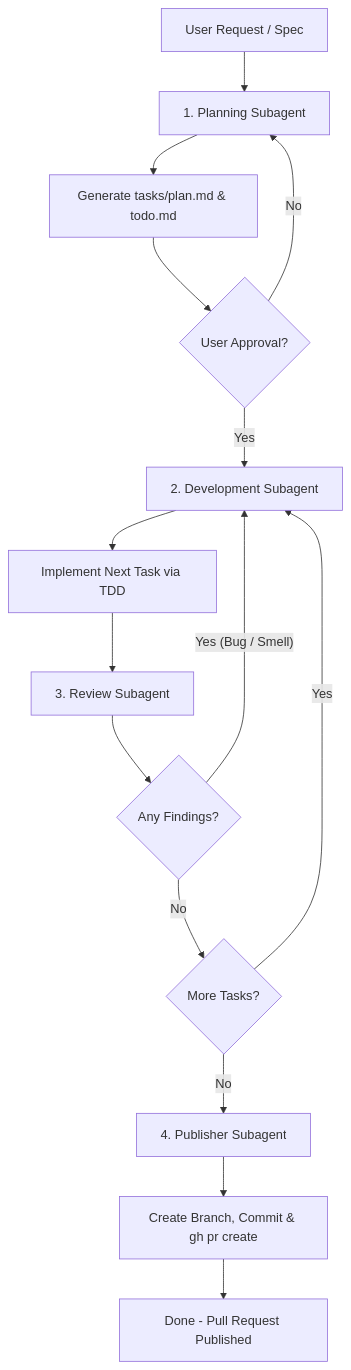
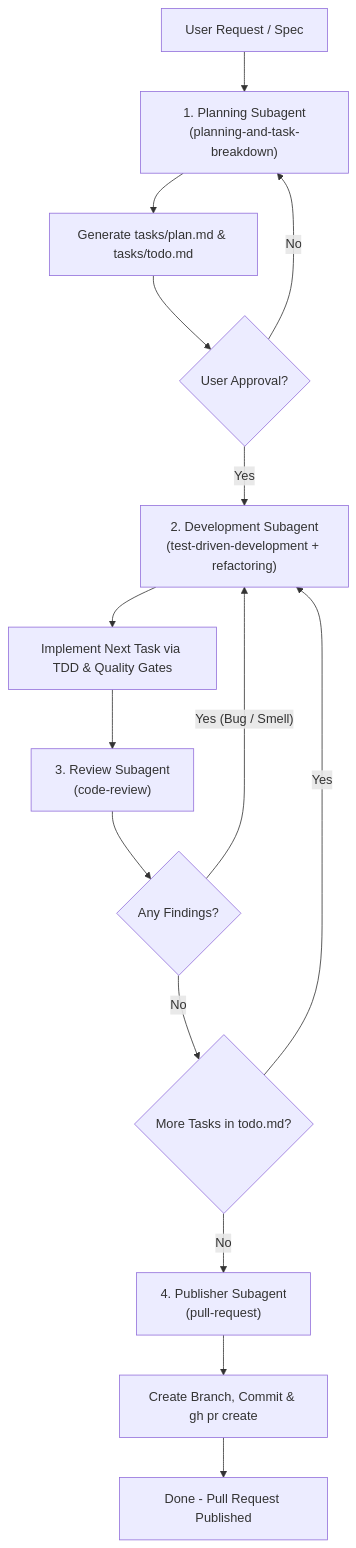
The diagram in agent-loop/SKILL.md (larchanka/skills), drawn with Mermaid before and after one commit. The commit also changed other lines of this file and 2 other files, not shown here.

First line of the commit message:
feat(agent-loop): Enforce pure orchestration and explicit subagent skill delegation

````diff
--- a/agent-loop/SKILL.md
+++ b/agent-loop/SKILL.md
@@ -18,17 +12,17 @@
 ```mermaid
 graph TD
-    Start["User Request / Spec"] --> Plan["1. Planning Subagent"]
-    Plan --> SavePlan["Generate tasks/plan.md & todo.md"]
+    Start["User Request / Spec"] --> Plan["1. Planning Subagent<br/>(planning-and-task-breakdown)"]
+    Plan --> SavePlan["Generate tasks/plan.md & tasks/todo.md"]
     SavePlan --> ApprPlan{"User Approval?"}
     ApprPlan -- No --> Plan
-    ApprPlan -- Yes --> Dev["2. Development Subagent"]
-    Dev --> ImpTask["Implement Next Task via TDD"]
-    ImpTask --> Rev["3. Review Subagent"]
+    ApprPlan -- Yes --> Dev["2. Development Subagent<br/>(test-driven-development + refactoring)"]
+    Dev --> ImpTask["Implement Next Task via TDD & Quality Gates"]
+    ImpTask --> Rev["3. Review Subagent<br/>(code-review)"]
     Rev --> Check{"Any Findings?"}
     Check -- Yes (Bug / Smell) --> Dev
-    Check -- No --> CheckMore{"More Tasks?"}
+    Check -- No --> CheckMore{"More Tasks in todo.md?"}
     CheckMore -- Yes --> Dev
-    CheckMore -- No --> Pub["4. Publisher Subagent"]
+    CheckMore -- No --> Pub["4. Publisher Subagent<br/>(pull-request)"]
     Pub --> OpenPR["Create Branch, Commit & gh pr create"]
     OpenPR --> Done["Done - Pull Request Published"]
 ```
````
